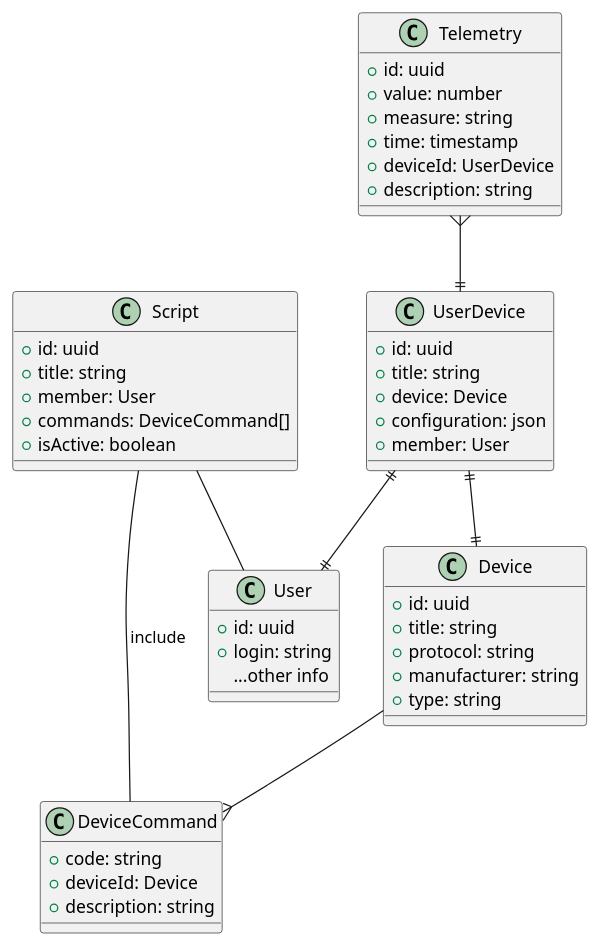
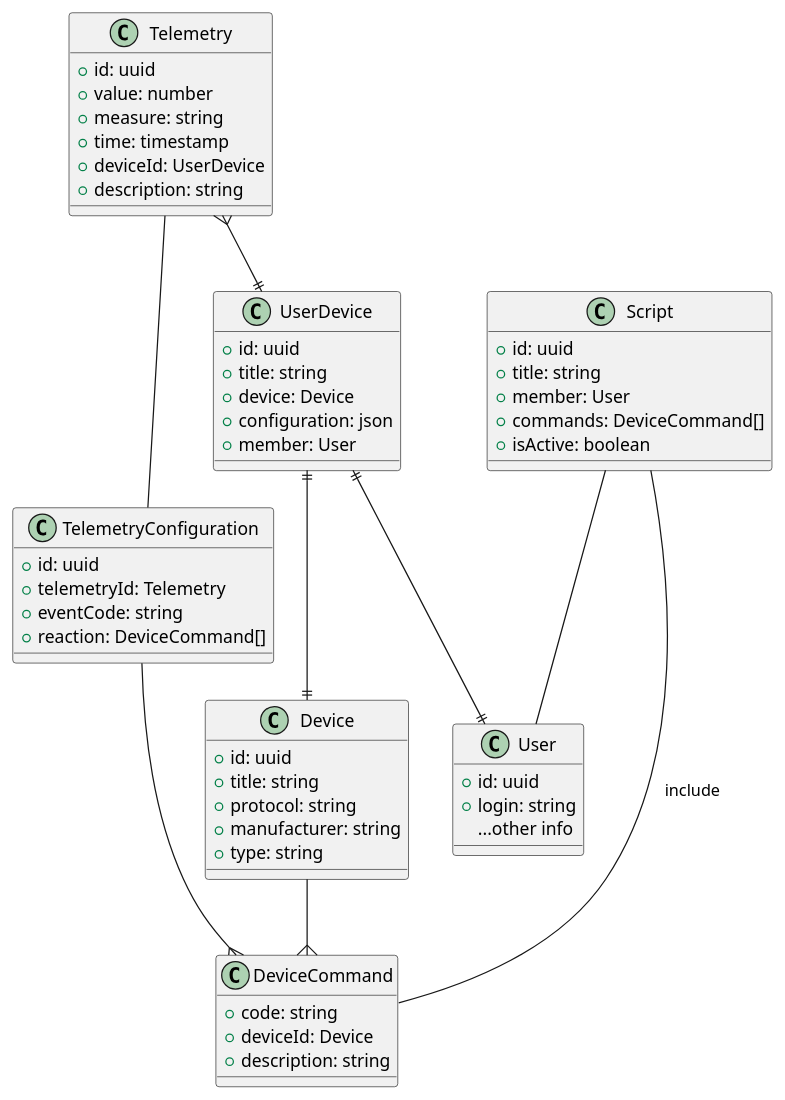
The diagram in diagrams/1-3/SmartHomeApp_ER.puml (RomSnow/architecture-sprint-3), drawn with PlantUML before and after one commit. The commit also changed 3 other files, not shown here.

```diff
--- a/diagrams/1-3/SmartHomeApp_ER.puml
+++ b/diagrams/1-3/SmartHomeApp_ER.puml
@@ -1,56 +1,65 @@
 @startuml
 
 class User {
     +id: uuid
     +login: string
     ...other info
 }
 
 class UserDevice {
     +id: uuid
     +title: string
     +device: Device
     +configuration: json
     +member: User
 }
 
 class Device {
     +id: uuid
     +title: string
     +protocol: string
     +manufacturer: string
     +type: string
 }
 
 class DeviceCommand {
     +code: string
     +deviceId: Device
     +description: string
 }
 
 class Telemetry {
     +id: uuid
     +value: number
     +measure: string
     +time: timestamp
     +deviceId: UserDevice
     +description: string
 }
 
+class TelemetryConfiguration {
+    +id: uuid
+    +telemetryId: Telemetry
+    +eventCode: string
+    +reaction: DeviceCommand[]
+}
+
 class Script {
     +id: uuid
     +title: string
     +member: User
     +commands: DeviceCommand[]
     +isActive: boolean
 }
 
 UserDevice ||--|| User
 UserDevice ||--|| Device
 Device --{ DeviceCommand
 Telemetry }--|| UserDevice
+Telemetry -- TelemetryConfiguration
+TelemetryConfiguration --{ DeviceCommand
 Script -- User
 Script -- DeviceCommand: include
 
 
 @enduml
```
